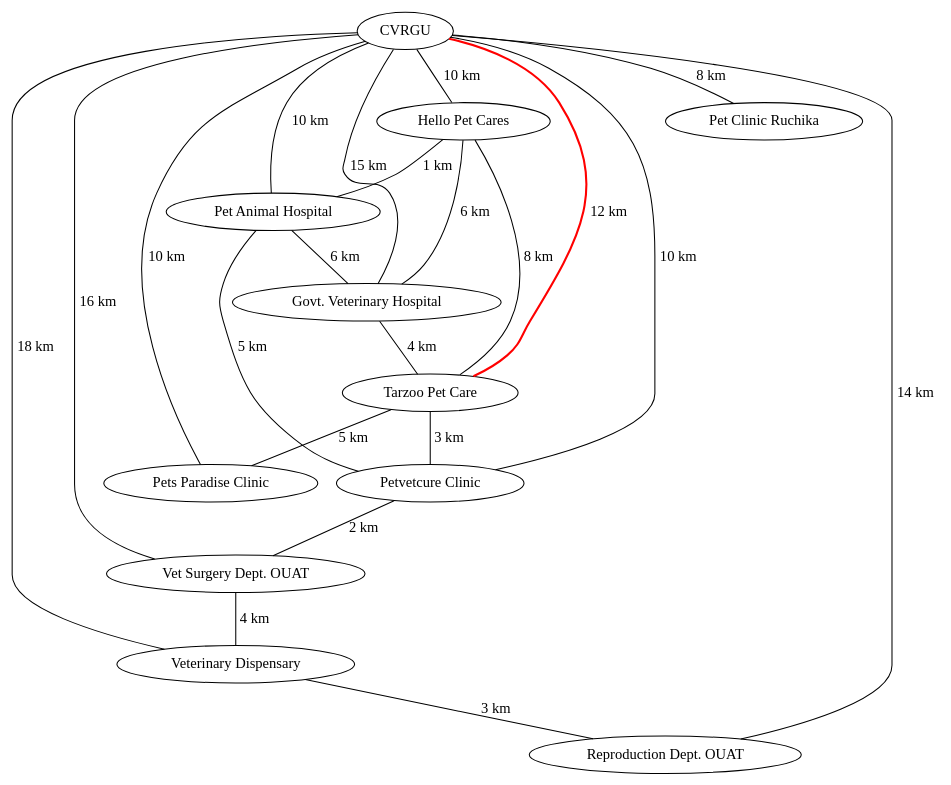
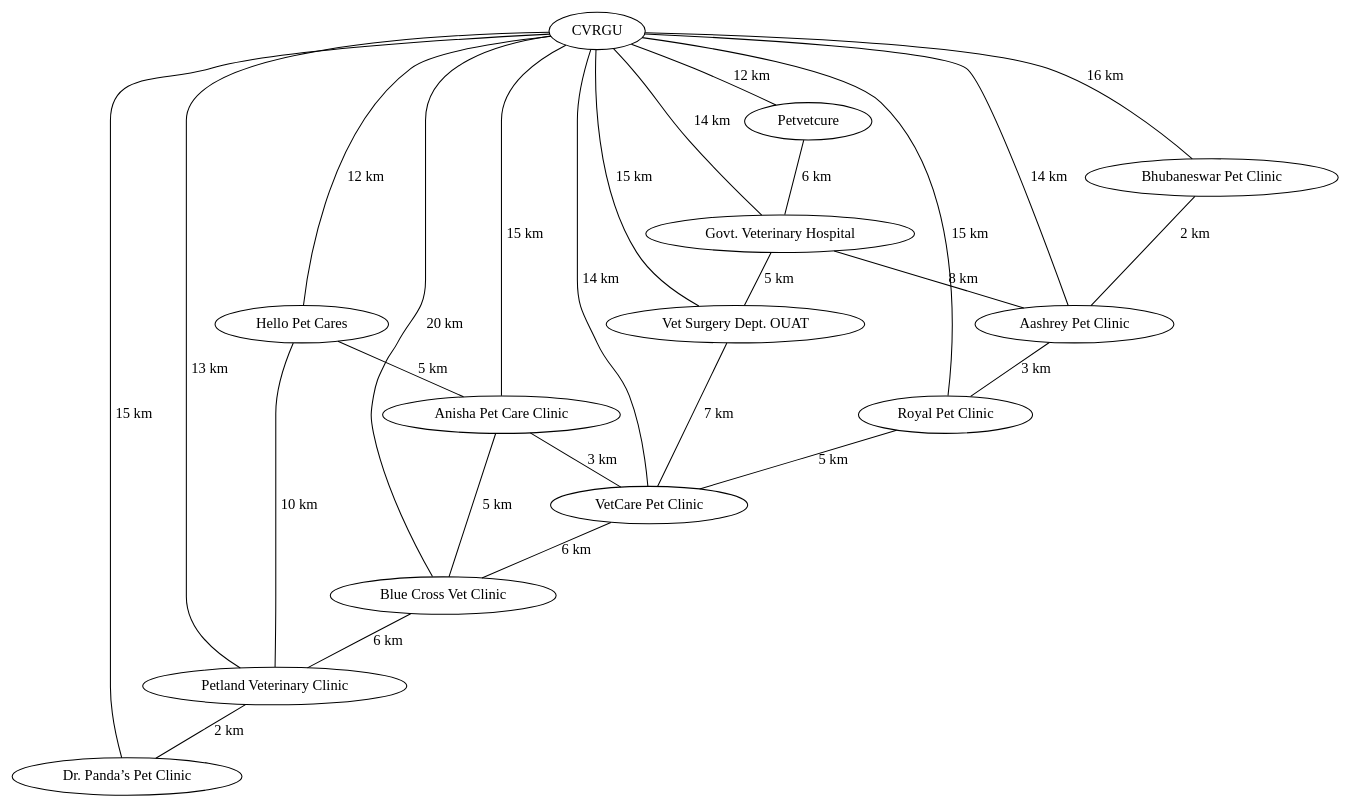
Before and after one commit to Cyphershadow24ar/Projects: the diagram in Veterinary Hospital Management/graph_1.dot, drawn with Graphviz.

```diff
--- a/Veterinary Hospital Management/graph_1.dot
+++ b/Veterinary Hospital Management/graph_1.dot
@@ -1,34 +1,41 @@
 graph G {
     "CVRGU" [label="CVRGU"];
     "Hello Pet Cares" [label="Hello Pet Cares"];
-    "Pet Animal Hospital" [label="Pet Animal Hospital"];
+    "Anisha Pet Care Clinic" [label="Anisha Pet Care Clinic"];
+    "Petvetcure" [label="Petvetcure"];
     "Govt. Veterinary Hospital" [label="Govt. Veterinary Hospital"];
-    "Tarzoo Pet Care" [label="Tarzoo Pet Care"];
-    "Petvetcure Clinic" [label="Petvetcure Clinic"];
     "Vet Surgery Dept. OUAT" [label="Vet Surgery Dept. OUAT"];
-    "Veterinary Dispensary" [label="Veterinary Dispensary"];
-    "Pets Paradise Clinic" [label="Pets Paradise Clinic"];
-    "Pet Clinic Ruchika" [label="Pet Clinic Ruchika"];
-    "Reproduction Dept. OUAT" [label="Reproduction Dept. OUAT"];
-    "CVRGU" -- "Hello Pet Cares" [label="10 km"];
-    "CVRGU" -- "Pet Animal Hospital" [label="10 km"];
-    "CVRGU" -- "Govt. Veterinary Hospital" [label="15 km"];
-    "CVRGU" -- "Tarzoo Pet Care" [color=red, penwidth=2.0, label="12 km"];
-    "CVRGU" -- "Petvetcure Clinic" [label="10 km"];
-    "CVRGU" -- "Vet Surgery Dept. OUAT" [label="16 km"];
-    "CVRGU" -- "Veterinary Dispensary" [label="18 km"];
-    "CVRGU" -- "Pets Paradise Clinic" [label="10 km"];
-    "CVRGU" -- "Pet Clinic Ruchika" [label="8 km"];
-    "CVRGU" -- "Reproduction Dept. OUAT" [label="14 km"];
-    "Hello Pet Cares" -- "Pet Animal Hospital" [label="1 km"];
-    "Hello Pet Cares" -- "Govt. Veterinary Hospital" [label="6 km"];
-    "Hello Pet Cares" -- "Tarzoo Pet Care" [label="8 km"];
-    "Pet Animal Hospital" -- "Govt. Veterinary Hospital" [label="6 km"];
-    "Pet Animal Hospital" -- "Petvetcure Clinic" [label="5 km"];
-    "Govt. Veterinary Hospital" -- "Tarzoo Pet Care" [label="4 km"];
-    "Tarzoo Pet Care" -- "Petvetcure Clinic" [label="3 km"];
-    "Tarzoo Pet Care" -- "Pets Paradise Clinic" [label="5 km"];
-    "Petvetcure Clinic" -- "Vet Surgery Dept. OUAT" [label="2 km"];
-    "Vet Surgery Dept. OUAT" -- "Veterinary Dispensary" [label="4 km"];
-    "Veterinary Dispensary" -- "Reproduction Dept. OUAT" [label="3 km"];
+    "Bhubaneswar Pet Clinic" [label="Bhubaneswar Pet Clinic"];
+    "Aashrey Pet Clinic" [label="Aashrey Pet Clinic"];
+    "Royal Pet Clinic" [label="Royal Pet Clinic"];
+    "VetCare Pet Clinic" [label="VetCare Pet Clinic"];
+    "Blue Cross Vet Clinic" [label="Blue Cross Vet Clinic"];
+    "Petland Veterinary Clinic" [label="Petland Veterinary Clinic"];
+    "Dr. Panda’s Pet Clinic" [label="Dr. Panda’s Pet Clinic"];
+    "CVRGU" -- "Hello Pet Cares" [label="12 km"];
+    "CVRGU" -- "Anisha Pet Care Clinic" [label="15 km"];
+    "CVRGU" -- "Petvetcure" [label="12 km"];
+    "CVRGU" -- "Govt. Veterinary Hospital" [label="14 km"];
+    "CVRGU" -- "Vet Surgery Dept. OUAT" [label="15 km"];
+    "CVRGU" -- "Bhubaneswar Pet Clinic" [label="16 km"];
+    "CVRGU" -- "Aashrey Pet Clinic" [label="14 km"];
+    "CVRGU" -- "Royal Pet Clinic" [label="15 km"];
+    "CVRGU" -- "VetCare Pet Clinic" [label="14 km"];
+    "CVRGU" -- "Blue Cross Vet Clinic" [label="20 km"];
+    "CVRGU" -- "Petland Veterinary Clinic" [label="13 km"];
+    "CVRGU" -- "Dr. Panda’s Pet Clinic" [label="15 km"];
+    "Hello Pet Cares" -- "Anisha Pet Care Clinic" [label="5 km"];
+    "Hello Pet Cares" -- "Petland Veterinary Clinic" [label="10 km"];
+    "Anisha Pet Care Clinic" -- "VetCare Pet Clinic" [label="3 km"];
+    "Anisha Pet Care Clinic" -- "Blue Cross Vet Clinic" [label="5 km"];
+    "Petvetcure" -- "Govt. Veterinary Hospital" [label="6 km"];
+    "Govt. Veterinary Hospital" -- "Vet Surgery Dept. OUAT" [label="5 km"];
+    "Govt. Veterinary Hospital" -- "Aashrey Pet Clinic" [label="8 km"];
+    "Vet Surgery Dept. OUAT" -- "VetCare Pet Clinic" [label="7 km"];
+    "Bhubaneswar Pet Clinic" -- "Aashrey Pet Clinic" [label="2 km"];
+    "Aashrey Pet Clinic" -- "Royal Pet Clinic" [label="3 km"];
+    "Royal Pet Clinic" -- "VetCare Pet Clinic" [label="5 km"];
+    "VetCare Pet Clinic" -- "Blue Cross Vet Clinic" [label="6 km"];
+    "Blue Cross Vet Clinic" -- "Petland Veterinary Clinic" [label="6 km"];
+    "Petland Veterinary Clinic" -- "Dr. Panda’s Pet Clinic" [label="2 km"];
 }
```
